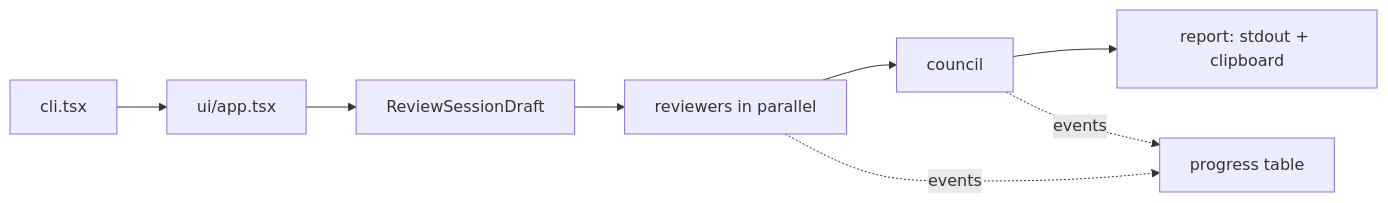
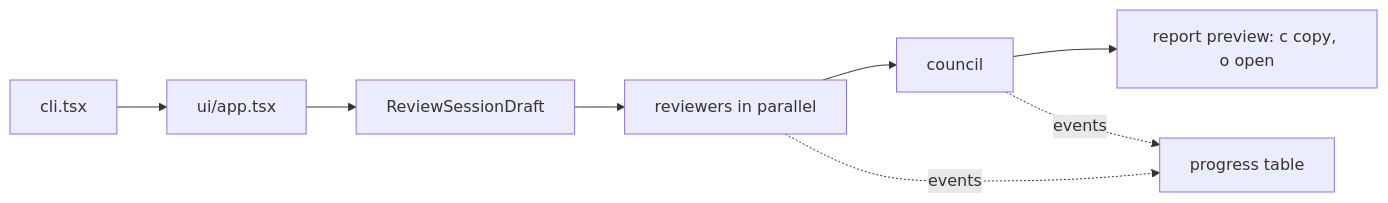
One commit to twistezo/ai-review-council changed the diagram in ARCHITECTURE.md. Above: the diagram before and after it, drawn with Mermaid. The commit also changed other lines of this file and 25 other files, not shown here.

Commit message:
Report preview with copy and open, token usage, lookups

````diff
--- a/ARCHITECTURE.md
+++ b/ARCHITECTURE.md
@@ -7,10 +7,10 @@
 ```mermaid
 flowchart LR
   cli[cli.tsx] --> wizard[ui/app.tsx]
   wizard --> draft[ReviewSessionDraft]
   draft --> reviewers[reviewers in parallel]
   reviewers --> council[council]
-  council --> report[report: stdout + clipboard]
+  council --> report[report preview: c copy, o open]
   reviewers -. events .-> table[progress table]
   council -. events .-> table
 ```
````
